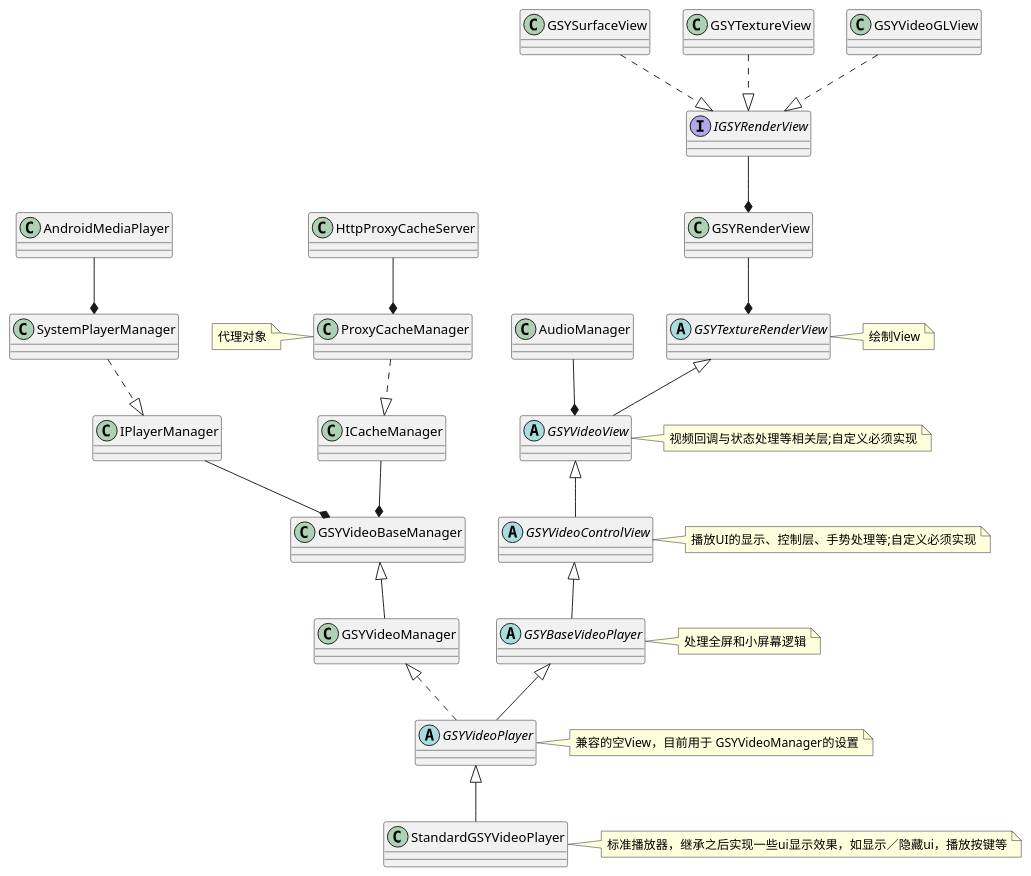
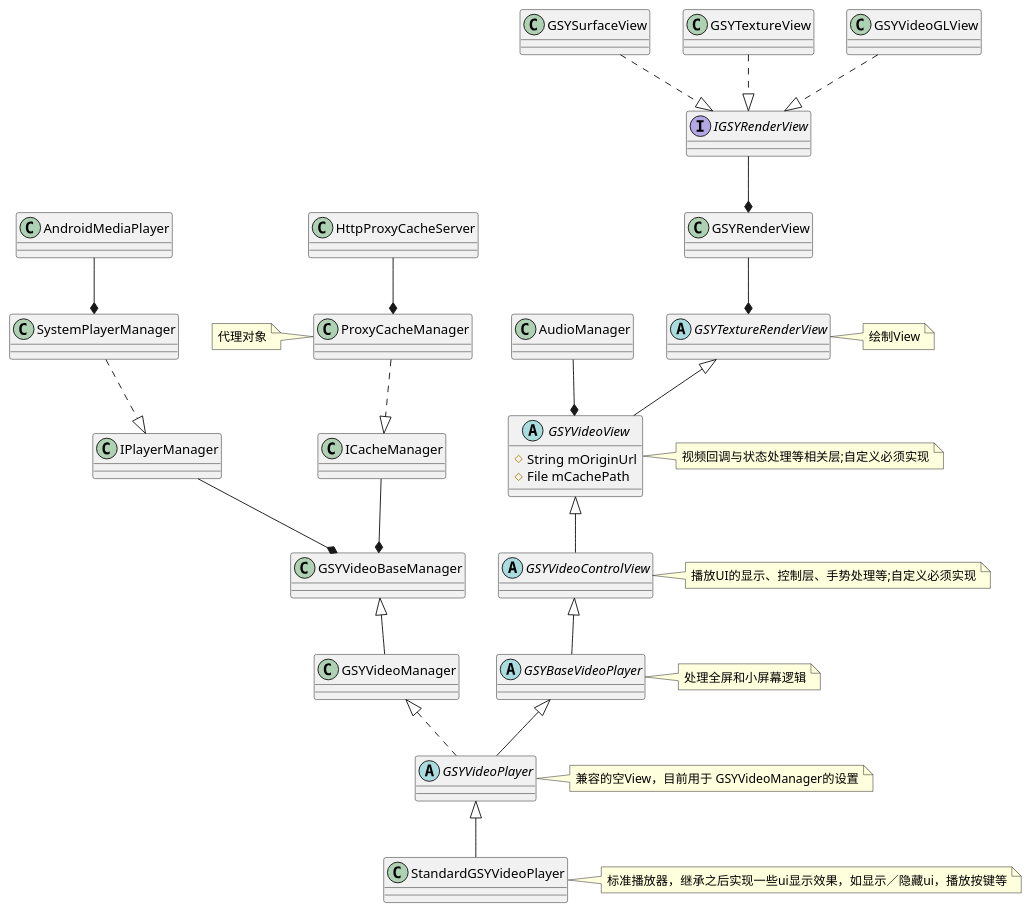
Before and after one commit to yufns/uml: the diagram in uml/gsyplayer/class/main_class.puml, drawn with PlantUML. The commit also changed 5 other files, not shown here.

```diff
--- a/uml/gsyplayer/class/main_class.puml
+++ b/uml/gsyplayer/class/main_class.puml
@@ -1,54 +1,57 @@
 @startuml
 abstract GSYTextureRenderView
 note right : 绘制View
-abstract GSYVideoView
+abstract GSYVideoView{
+  # String mOriginUrl
+  # File mCachePath
+}
 note right : 视频回调与状态处理等相关层;自定义必须实现
 abstract GSYVideoControlView
 note right : 播放UI的显示、控制层、手势处理等;自定义必须实现
 abstract GSYBaseVideoPlayer
 note right : 处理全屏和小屏幕逻辑
 abstract GSYVideoPlayer
 note right : 兼容的空View，目前用于 GSYVideoManager的设置
 class StandardGSYVideoPlayer
 note right : 标准播放器，继承之后实现一些ui显示效果，如显示／隐藏ui，播放按键等
 
 AudioManager --* GSYVideoView
 
 class GSYRenderView
 interface IGSYRenderView
 
 class GSYSurfaceView
 class GSYTextureView
 class GSYVideoGLView
 class ProxyCacheManager
 note left : 代理对象
 
 GSYTextureRenderView <|-- GSYVideoView
 GSYRenderView --* GSYTextureRenderView
 IGSYRenderView --* GSYRenderView
 
 
 GSYSurfaceView ..|> IGSYRenderView
 GSYTextureView ..|> IGSYRenderView
 GSYVideoGLView ..|> IGSYRenderView
 
 
 GSYVideoManager <|.. GSYVideoPlayer
 GSYVideoBaseManager <|-- GSYVideoManager
 IPlayerManager --* GSYVideoBaseManager
 ICacheManager --* GSYVideoBaseManager
 ProxyCacheManager ..|> ICacheManager
 HttpProxyCacheServer --* ProxyCacheManager
 
 
 SystemPlayerManager ..|> IPlayerManager
 AndroidMediaPlayer --* SystemPlayerManager
 
 
 GSYVideoView <|-- GSYVideoControlView
 GSYVideoControlView <|-- GSYBaseVideoPlayer
 GSYBaseVideoPlayer <|-- GSYVideoPlayer
 GSYVideoPlayer <|-- StandardGSYVideoPlayer
 
 
 @enduml
```
